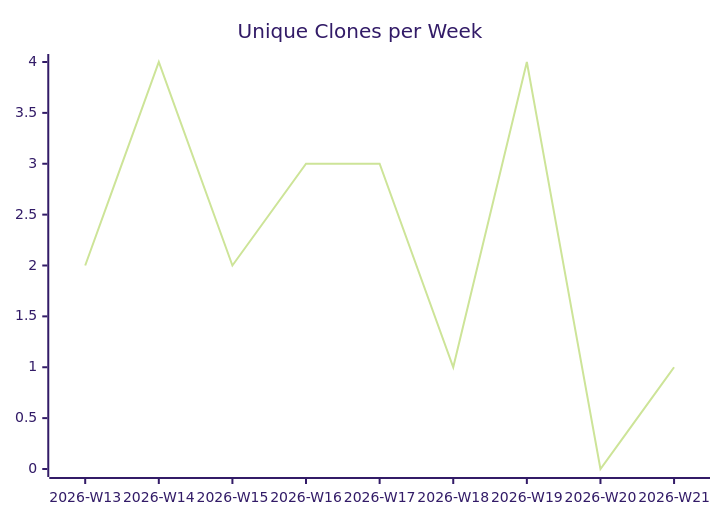
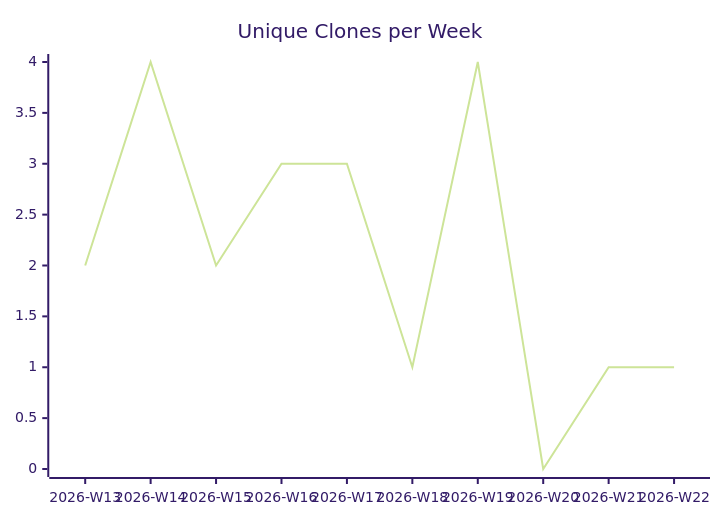
The third of 3 diagrams in karlmdavis/workstation-base-ansible-role/README.md (justdavis-family/github-analytics-data), drawn with Mermaid (forest theme) before and after one commit. The commit also changed other lines of this file and 190 other files, not shown here.

````diff
--- a/karlmdavis/workstation-base-ansible-role/README.md
+++ b/karlmdavis/workstation-base-ansible-role/README.md
@@ -19,6 +19,6 @@
 ```mermaid
 xychart-beta
   title "Unique Clones per Week"
-  x-axis ["2026-W13", "2026-W14", "2026-W15", "2026-W16", "2026-W17", "2026-W18", "2026-W19", "2026-W20", "2026-W21"]
-  line [2, 4, 2, 3, 3, 1, 4, 0, 1]
+  x-axis ["2026-W13", "2026-W14", "2026-W15", "2026-W16", "2026-W17", "2026-W18", "2026-W19", "2026-W20", "2026-W21", "2026-W22"]
+  line [2, 4, 2, 3, 3, 1, 4, 0, 1, 1]
 ```
````
